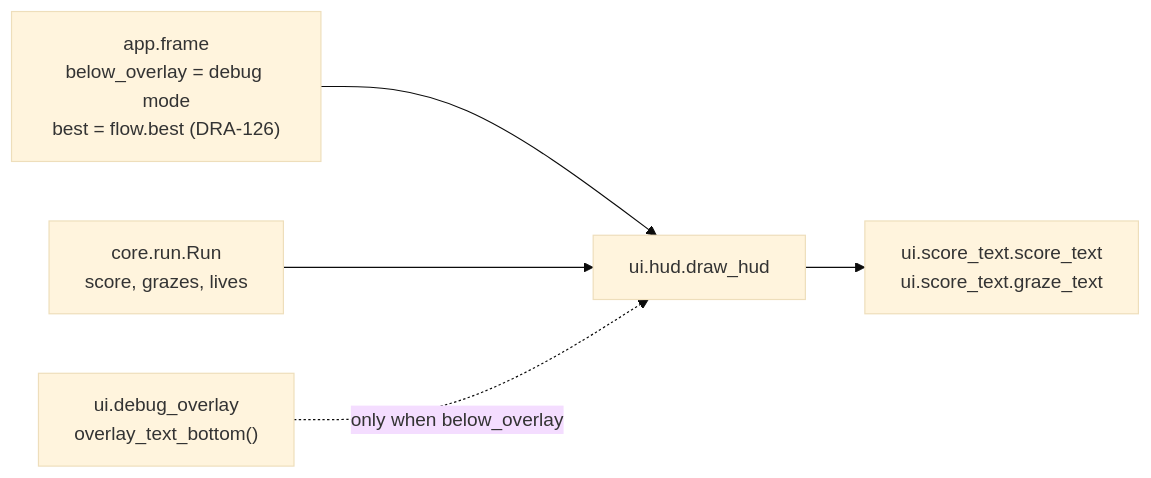
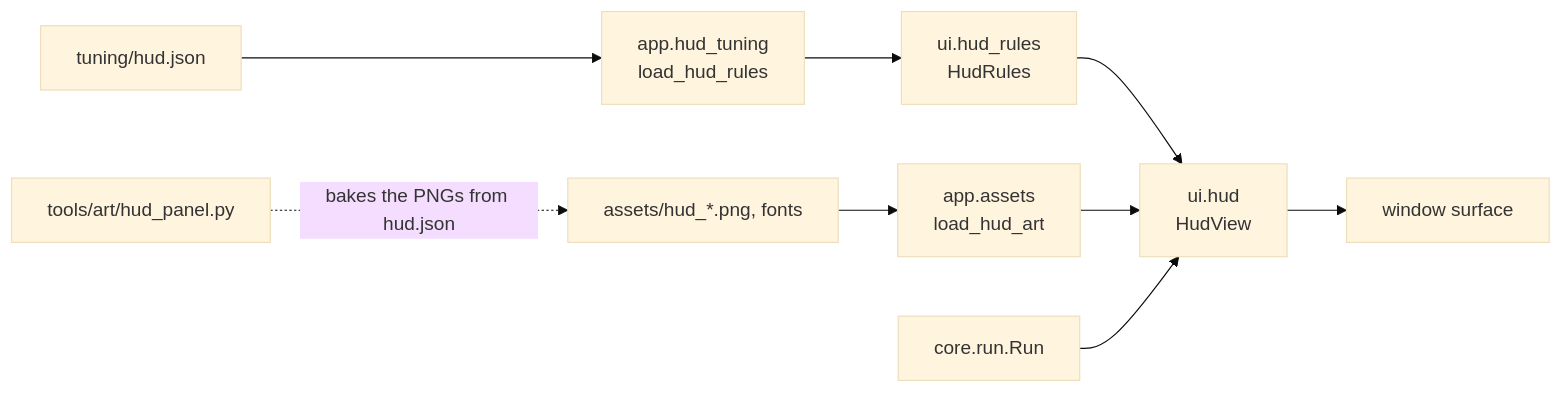
Before and after one commit to david-mntl/driftward-ace: the diagram in docs/contracts/systems/hud.md, drawn with Mermaid (base theme). The commit also changed other lines of this file and 17 other files, not shown here.

First line of the commit message:
docs(hud): write the side panel HUD into the GDD, contracts and tuning schema

````diff
--- a/docs/contracts/systems/hud.md
+++ b/docs/contracts/systems/hud.md
@@ -44,7 +28,11 @@
 ```mermaid
 flowchart LR
-  APP["app.frame<br/>below_overlay = debug mode<br/>best = flow.best (DRA-126)"] --> H["ui.hud.draw_hud"]
-  R["core.run.Run<br/>score, grazes, lives"] --> H
-  H --> T["ui.score_text.score_text<br/>ui.score_text.graze_text"]
-  O["ui.debug_overlay<br/>overlay_text_bottom()"] -. "only when below_overlay" .-> H
+  T["tuning/hud.json"] --> L["app.hud_tuning<br/>load_hud_rules"]
+  L --> R["ui.hud_rules<br/>HudRules"]
+  A["assets/hud_*.png, fonts"] --> LA["app.assets<br/>load_hud_art"]
+  R --> V["ui.hud<br/>HudView"]
+  LA --> V
+  RUN["core.run.Run"] --> V
+  V --> W["window surface"]
+  X["tools/art/hud_panel.py"] -. "bakes the PNGs from hud.json" .-> A
 ```
````
